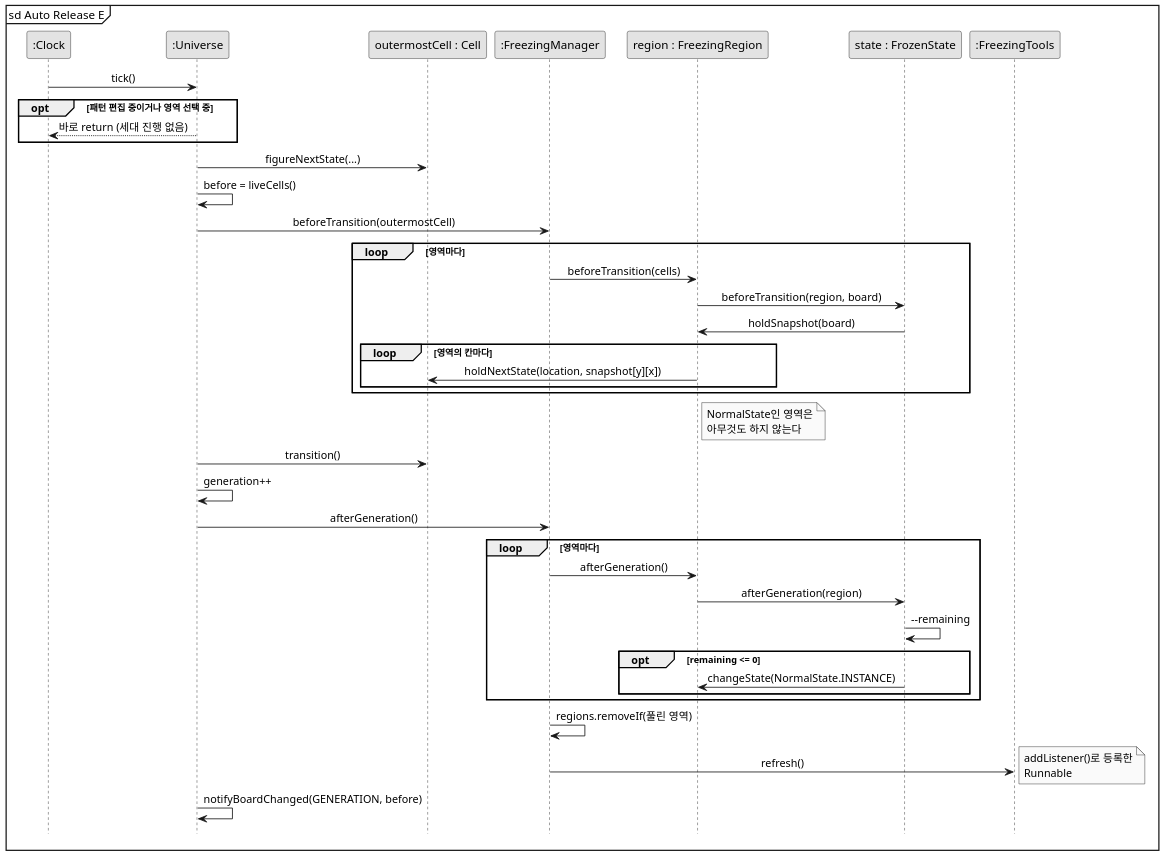
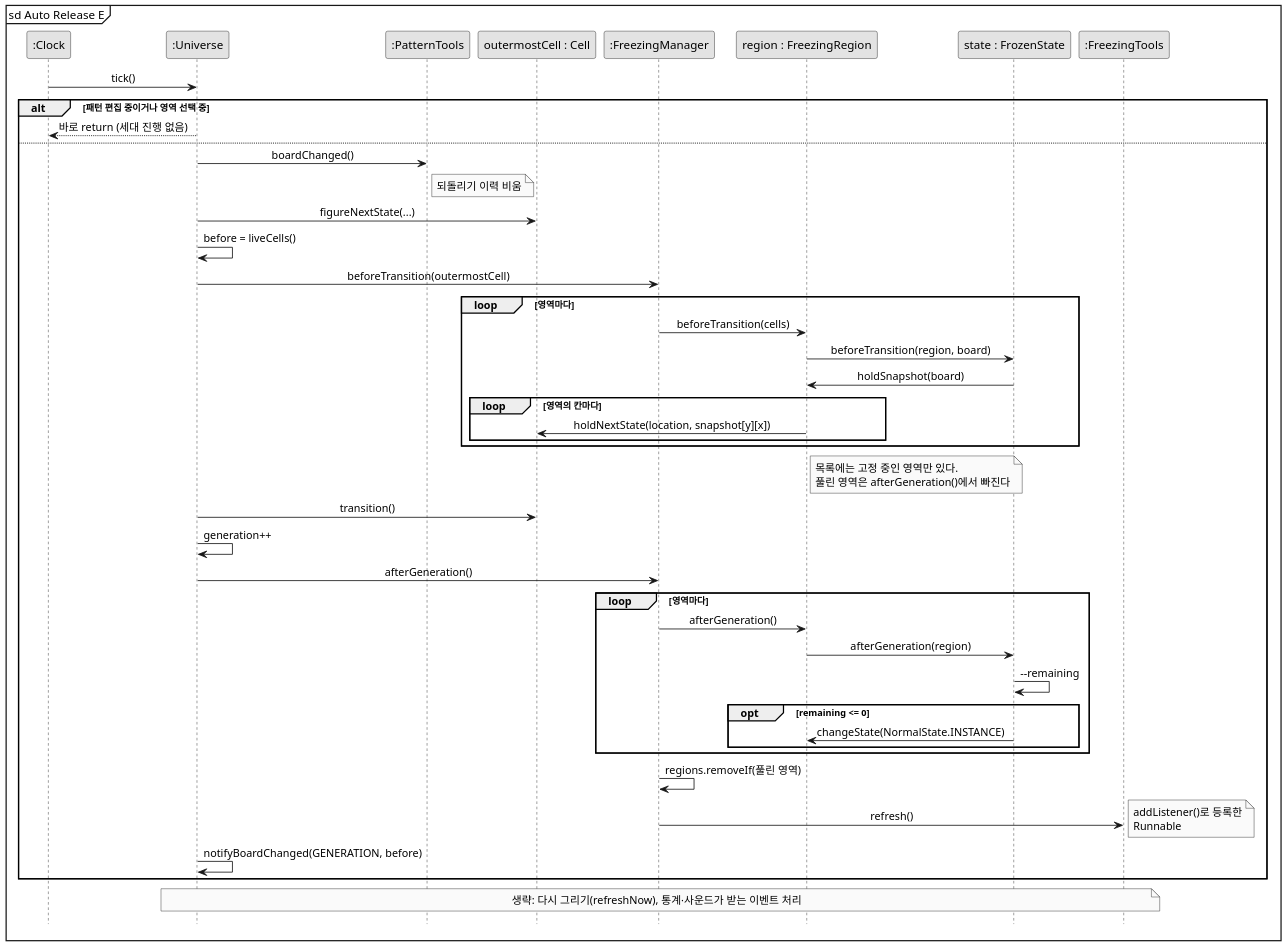
Before and after one commit to mckimR1972/DP_team_project: the diagram in docs/freezing/diagram/sd-auto-release.puml, drawn with PlantUML. The commit also changed 9 other files, not shown here.

First line of the commit message:
docs: Freezing 다이어그램 2차 검토 반영

```diff
--- a/docs/freezing/diagram/sd-auto-release.puml
+++ b/docs/freezing/diagram/sd-auto-release.puml
@@ -1,50 +1,57 @@
 @startuml sd-auto-release
 skinparam monochrome true
 skinparam dpi 150
 skinparam shadowing false
 skinparam defaultFontName "Malgun Gothic"
 skinparam sequenceMessageAlign center
 hide footbox
 mainframe sd Auto Release E
 
 participant ":Clock" as C
 participant ":Universe" as U
+participant ":PatternTools" as P
 participant "outermostCell : Cell" as B
 participant ":FreezingManager" as M
 participant "region : FreezingRegion" as R
 participant "state : FrozenState" as F
 participant ":FreezingTools" as T
 
 C -> U : tick()
-opt 패턴 편집 중이거나 영역 선택 중
+alt 패턴 편집 중이거나 영역 선택 중
   U --> C : 바로 return (세대 진행 없음)
-end
+else
+U -> P : boardChanged()
+note right of P : 되돌리기 이력 비움
 U -> B : figureNextState(...)
 U -> U : before = liveCells()
 U -> M : beforeTransition(outermostCell)
 loop 영역마다
   M -> R : beforeTransition(cells)
   R -> F : beforeTransition(region, board)
   F -> R : holdSnapshot(board)
   loop 영역의 칸마다
     R -> B : holdNextState(location, snapshot[y][x])
   end
 end
-note right of R : NormalState인 영역은\n아무것도 하지 않는다
+note right of R : 목록에는 고정 중인 영역만 있다.\n풀린 영역은 afterGeneration()에서 빠진다
 U -> B : transition()
 U -> U : generation++
 
 U -> M : afterGeneration()
 loop 영역마다
   M -> R : afterGeneration()
   R -> F : afterGeneration(region)
   F -> F : --remaining
   opt remaining <= 0
     F -> R : changeState(NormalState.INSTANCE)
   end
 end
 M -> M : regions.removeIf(풀린 영역)
 M -> T : refresh()
 note right : addListener()로 등록한\nRunnable
 U -> U : notifyBoardChanged(GENERATION, before)
+end
+note over U, T
+  생략: 다시 그리기(refreshNow), 통계·사운드가 받는 이벤트 처리
+end note
 @enduml
```
